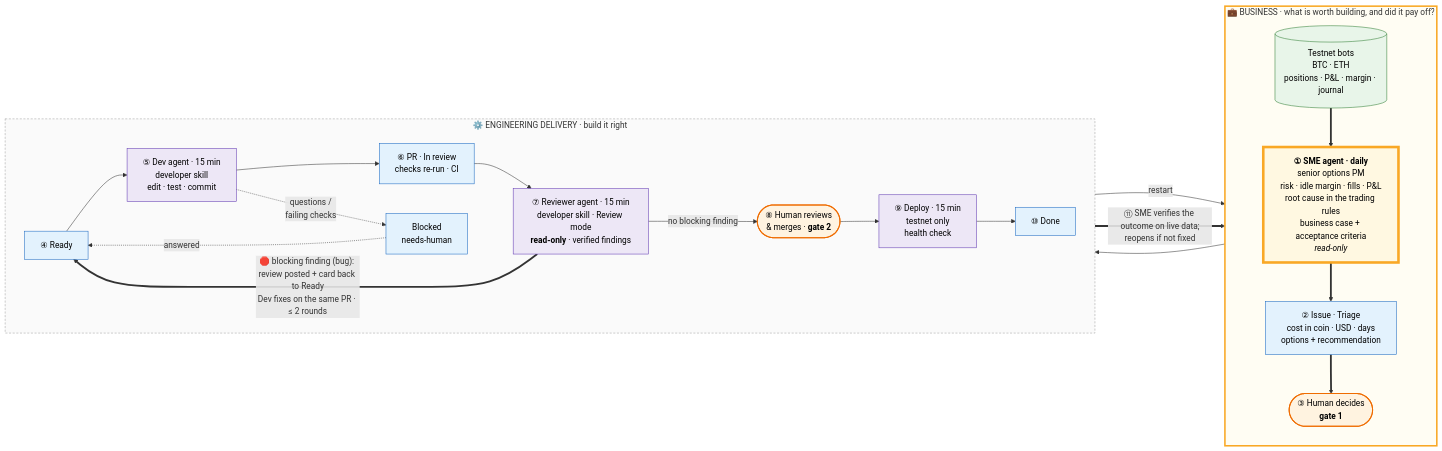
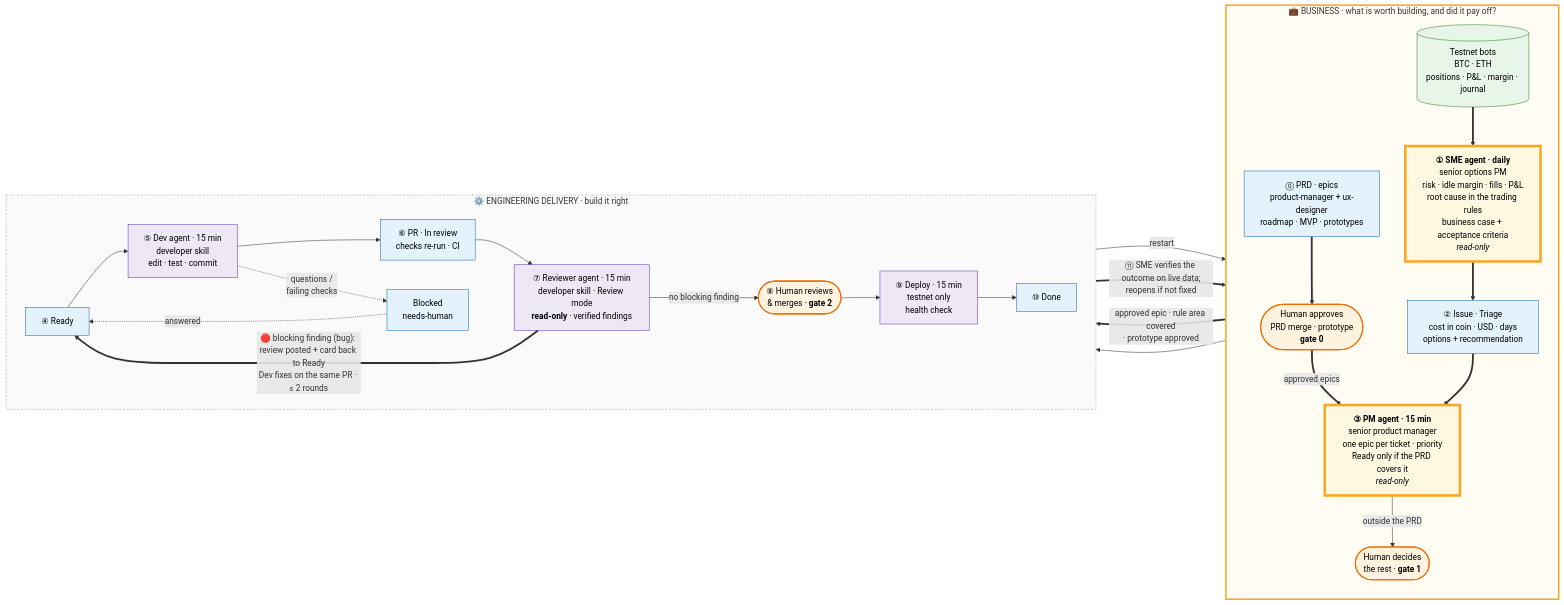
Before and after one commit to rchau73/optionsBot: the diagram in docs/agentic_workflow.mmd, drawn with Mermaid. The commit also changed 20 other files, not shown here.

```diff
--- a/docs/agentic_workflow.mmd
+++ b/docs/agentic_workflow.mmd
@@ -1,39 +1,45 @@
 flowchart LR
     subgraph BIZ["💼 BUSINESS · what is worth building, and did it pay off?"]
         direction TB
         BOTS[("Testnet bots<br/>BTC · ETH<br/>positions · P&L · margin · journal")]
         SME["<b>① SME agent · daily</b><br/>senior options PM<br/>risk · idle margin · fills · P&L<br/>root cause in the trading rules<br/>business case + acceptance criteria<br/><i>read-only</i>"]
         TRI["② Issue · Triage<br/>cost in coin · USD · days<br/>options + recommendation"]
-        H1(["③ Human decides<br/><b>gate 1</b>"])
+        PRD["⓪ PRD · epics<br/>product-manager + ux-designer<br/>roadmap · MVP · prototypes"]
+        H0(["Human approves<br/>PRD merge · prototype<br/><b>gate 0</b>"])
+        PM["<b>③ PM agent · 15 min</b><br/>senior product manager<br/>one epic per ticket · priority<br/>Ready only if the PRD covers it<br/><i>read-only</i>"]
+        H1(["Human decides<br/>the rest · <b>gate 1</b>"])
     end
 
     subgraph ENG["⚙️ ENGINEERING DELIVERY · build it right"]
         direction LR
         READY["④ Ready"]
         DEV["⑤ Dev agent · 15 min<br/>developer skill<br/>edit · test · commit"]
         PR["⑥ PR · In review<br/>checks re-run · CI"]
         REV["⑦ Reviewer agent · 15 min<br/>developer skill · Review mode<br/><b>read-only</b> · verified findings"]
         H2(["⑧ Human reviews<br/>& merges · <b>gate 2</b>"])
         DEP["⑨ Deploy · 15 min<br/>testnet only<br/>health check"]
         DONE["⑩ Done"]
         BLK["Blocked<br/>needs-human"]
     end
 
-    BOTS ==> SME ==> TRI ==> H1 --> READY --> DEV --> PR --> REV -->|no blocking finding| H2 --> DEP --> DONE
+    PRD ==> H0 ==>|approved epics| PM
+    BOTS ==> SME ==> TRI ==> PM ==>|"approved epic · rule area covered<br/>· prototype approved"| READY
+    PM -->|outside the PRD| H1 --> READY
+    READY --> DEV --> PR --> REV -->|no blocking finding| H2 --> DEP --> DONE
     REV ==>|"🛑 blocking finding (bug): review posted + card back to Ready<br/>Dev fixes on the same PR · ≤ 2 rounds"| READY
     DEP -->|restart| BOTS
     DEV -.->|questions /<br/>failing checks| BLK -.->|answered| READY
     DONE ==>|"⑪ SME verifies the outcome on live data;<br/>reopens if not fixed"| SME
 
     classDef sme fill:#fff8e1,stroke:#f9a825,color:#000,stroke-width:5px
     classDef agent fill:#ede7f6,stroke:#5e35b1,color:#000
     classDef human fill:#fff3e0,stroke:#ef6c00,color:#000,stroke-width:2px
     classDef gh fill:#e3f2fd,stroke:#1565c0,color:#000
     classDef run fill:#e8f5e9,stroke:#2e7d32,color:#000
-    class SME sme
+    class SME,PM sme
     class DEV,REV,DEP agent
-    class H1,H2 human
-    class TRI,READY,PR,DONE,BLK gh
+    class H0,H1,H2 human
+    class PRD,TRI,READY,PR,DONE,BLK gh
     class BOTS run
     style BIZ fill:#fffdf3,stroke:#f9a825,stroke-width:3px
     style ENG fill:#fafafa,stroke:#9e9e9e,stroke-width:1px,stroke-dasharray:4 3
```
